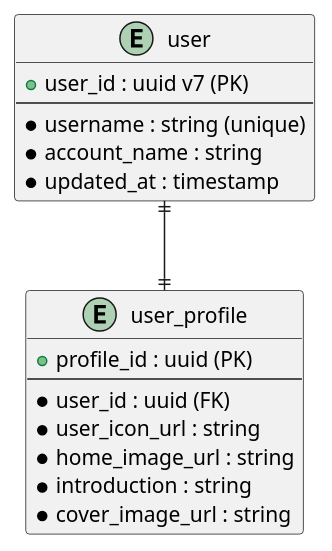
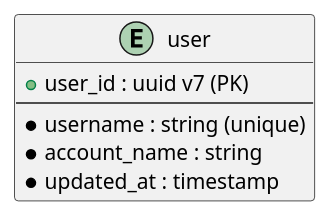
The diagram in go/services/users/docs/userSchema.pu (POPOTINESU/GrowthSphere), drawn with PlantUML before and after one commit. The commit also changed 1 other file, not shown here.

Commit message:
docks: Change Schema

```diff
--- a/go/services/users/docs/userSchema.pu
+++ b/go/services/users/docs/userSchema.pu
@@ -1,23 +1,10 @@
-@startuml
+@startuml er diagram
 
 entity "user" as User {
     + user_id : uuid v7 (PK)
     --
     * username : string (unique)
     * account_name : string
     * updated_at : timestamp
 }
-
-entity "user_profile" as UserProfile {
-    + profile_id : uuid (PK)
-    --
-    * user_id : uuid (FK)
-    * user_icon_url : string
-    * home_image_url : string
-    * introduction : string
-    * cover_image_url : string
-}
-
-
-User ||--|| UserProfile
 @enduml
```
